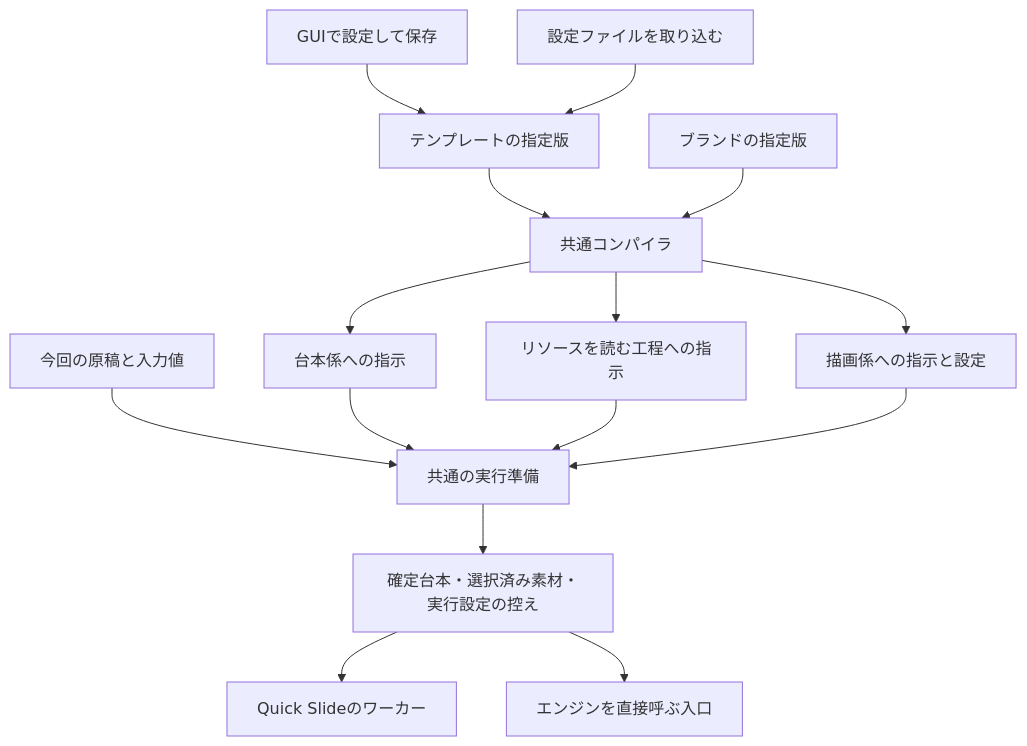
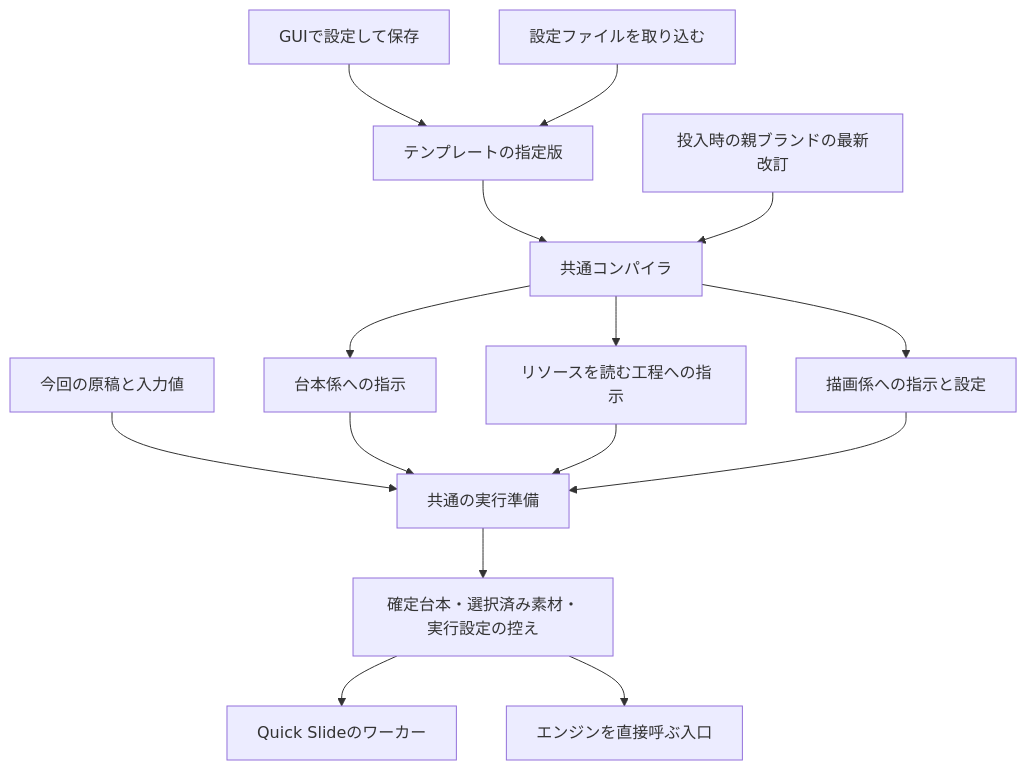
The diagram in docs/design-template-contract.md (mrkm86/quick-slide), drawn with Mermaid before and after one commit. The commit also changed other lines of this file and 6 other files, not shown here.

````diff
--- a/docs/design-template-contract.md
+++ b/docs/design-template-contract.md
@@ -20,17 +20,17 @@
 ```mermaid
 flowchart TD
   G[GUIで設定して保存] --> T[テンプレートの指定版]
   F[設定ファイルを取り込む] --> T
   T --> C[共通コンパイラ]
-  B[ブランドの指定版] --> C
+  B[投入時の親ブランドの最新改訂] --> C
   C --> W[台本係への指示]
   C --> P[リソースを読む工程への指示]
   C --> D[描画係への指示と設定]
   R[今回の原稿と入力値] --> A[共通の実行準備]
   W --> A
   P --> A
   D --> A
   A --> S[確定台本・選択済み素材・実行設定の控え]
   S --> Q[Quick Slideのワーカー]
   S --> E[エンジンを直接呼ぶ入口]
 ```
````
